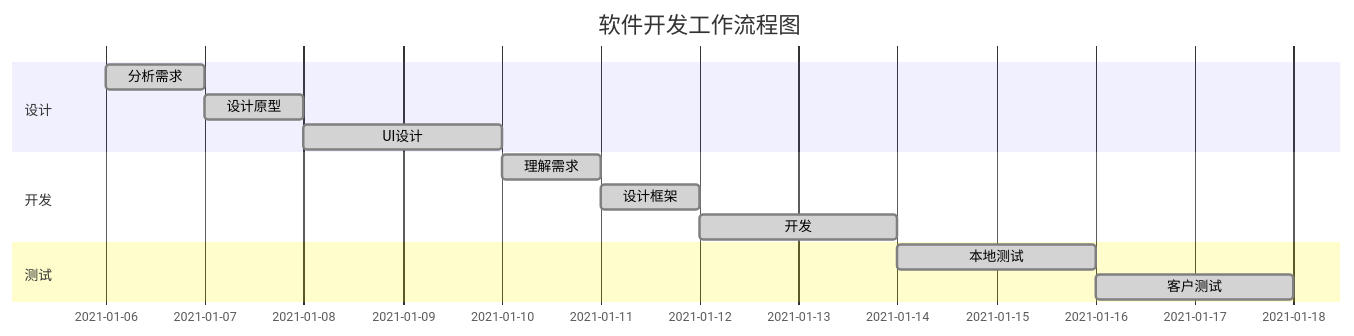
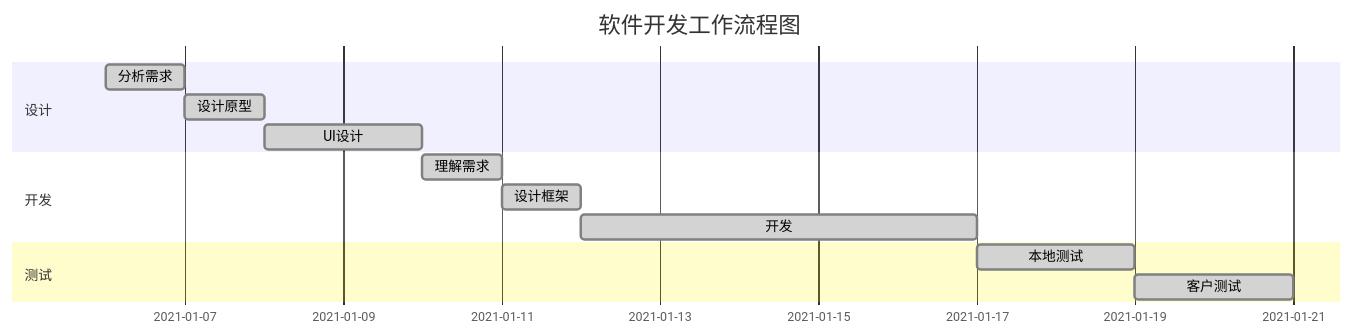
The fifth of 5 diagrams in 笔记/Markdown语法.md (wly130/notes), drawn with Mermaid before and after one commit. The commit also changed other lines of this file and 11 other files, not shown here.

````diff
--- a/笔记/Markdown语法.md
+++ b/笔记/Markdown语法.md
@@ -124,19 +132,19 @@
 ```mermaid
 gantt
 	dateFormat  YYYY-MM-DD
 	title 软件开发工作流程图
 
 	section 设计
 	分析需求:done,des1, 2021-01-06,1d
 	设计原型:done,des2, after des1, 1d
 	UI设计:done,des3, after des2, 2d
 
 	section 开发
 	理解需求:done,des4, after des3, 1d
 	设计框架:done, des5, after des4, 1d
-	开发:done, des6, after des5, 2d
+	开发:done, des6, after des5, 5d
 
 	section 测试
 	本地测试:done, des7,after des6, 2d
 	客户测试:done,des8,after des7, 2d
 ```
````
